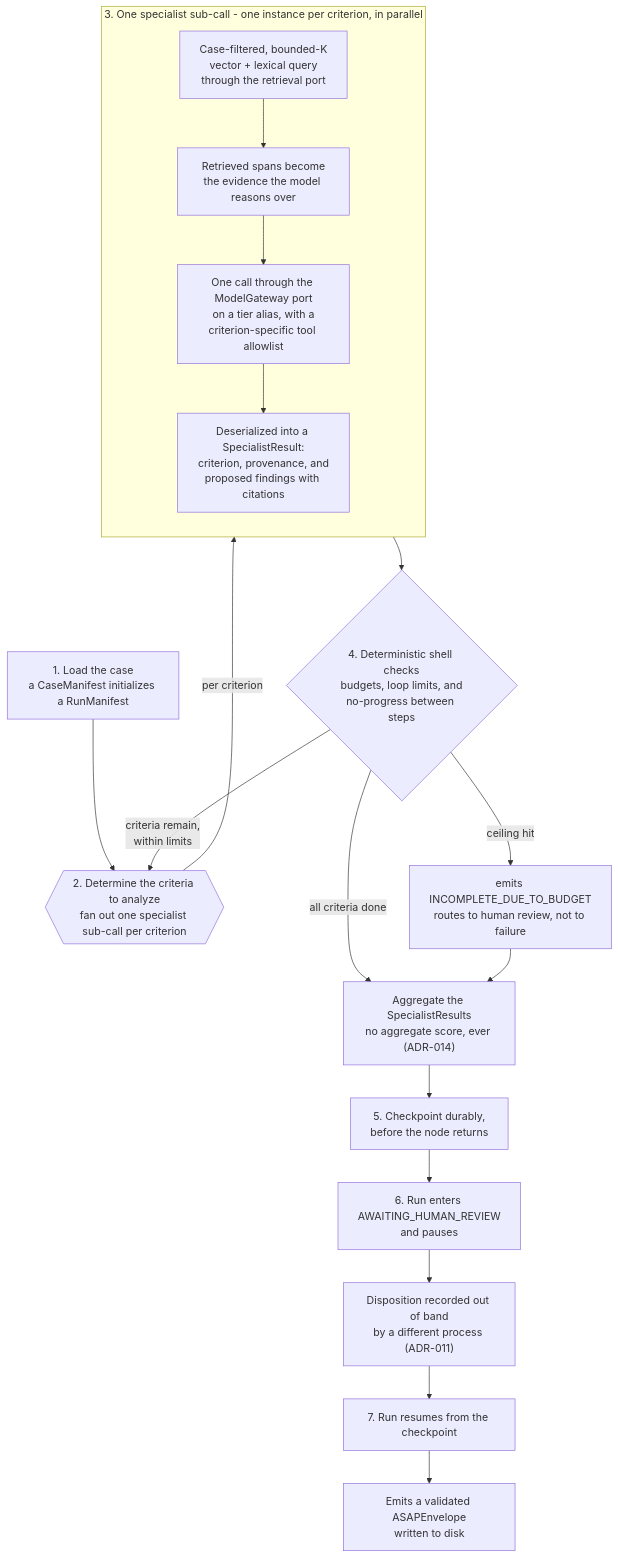
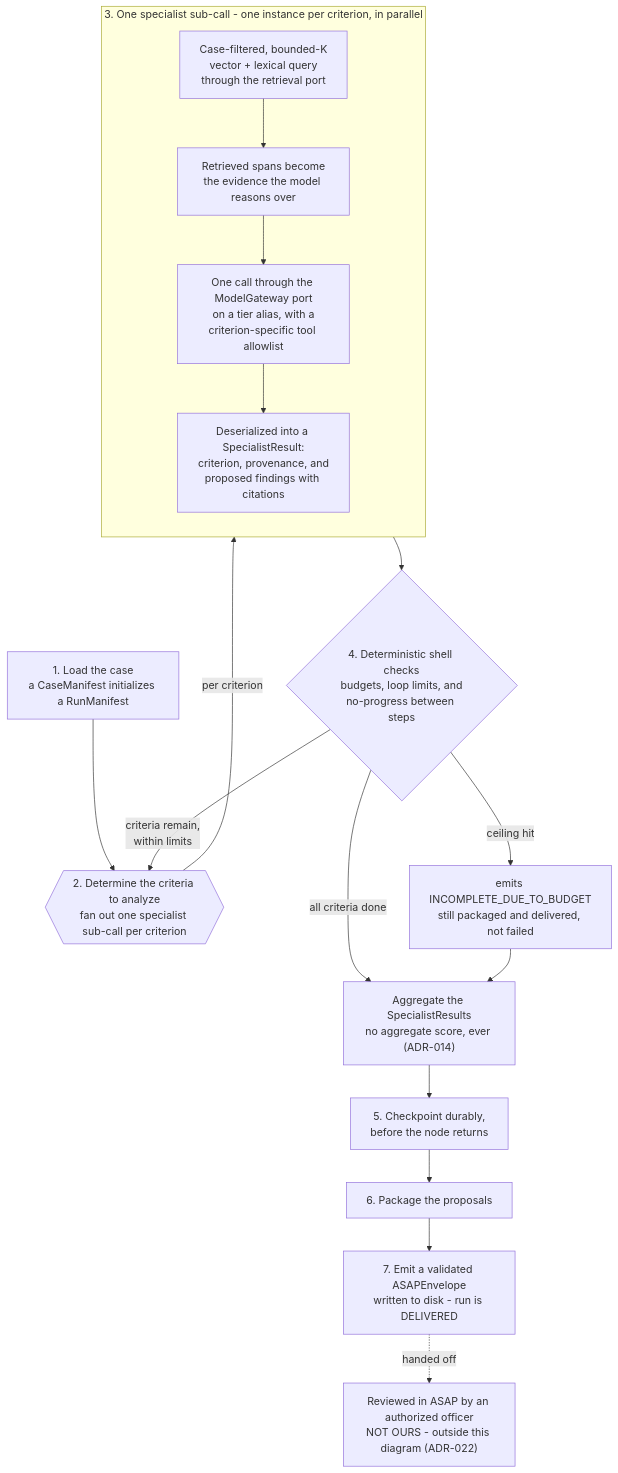
Before and after one commit to Amivero-LLC/asap-ireports-poc: the second of 2 diagrams in docs/handoff/component-architecture.md, drawn with Mermaid. The commit also changed other lines of this file and 31 other files, not shown here.

First line of the commit message:
feat(contracts)!: remove the in-run review gate; review happens in ASAP (ADR-022)

````diff
--- a/docs/handoff/component-architecture.md
+++ b/docs/handoff/component-architecture.md
@@ -246,33 +252,33 @@
 ```mermaid
 flowchart TD
     STEP1["1. Load the case<br/>a CaseManifest initializes a RunManifest"]
     STEP2{{"2. Determine the criteria to analyze<br/>fan out one specialist sub-call per criterion"}}
 
     subgraph SPECIALIST["3. One specialist sub-call - one instance per criterion, in parallel"]
         direction TB
         STEP3A["Case-filtered, bounded-K<br/>vector + lexical query<br/>through the retrieval port"]
         STEP3B["Retrieved spans become<br/>the evidence the model reasons over"]
         STEP3C["One call through the ModelGateway port<br/>on a tier alias, with a<br/>criterion-specific tool allowlist"]
         STEP3D["Deserialized into a SpecialistResult:<br/>criterion, provenance, and<br/>proposed findings with citations"]
         STEP3A --> STEP3B --> STEP3C --> STEP3D
     end
 
     SHELL{"4. Deterministic shell checks<br/>budgets, loop limits, and<br/>no-progress between steps"}
-    BUDGETSTOP["emits INCOMPLETE_DUE_TO_BUDGET<br/>routes to human review, not to failure"]
+    BUDGETSTOP["emits INCOMPLETE_DUE_TO_BUDGET<br/>still packaged and delivered, not failed"]
     AGG["Aggregate the SpecialistResults<br/>no aggregate score, ever (ADR-014)"]
     STEP5["5. Checkpoint durably,<br/>before the node returns"]
-    STEP6["6. Run enters AWAITING_HUMAN_REVIEW<br/>and pauses"]
-    DISPOSITION["Disposition recorded out of band<br/>by a different process (ADR-011)"]
-    STEP7A["7. Run resumes from the checkpoint"]
-    STEP7B["Emits a validated ASAPEnvelope<br/>written to disk"]
+    STEP6["6. Package the proposals"]
+    STEP7B["7. Emit a validated ASAPEnvelope<br/>written to disk - run is DELIVERED"]
+    ASAPREVIEW["Reviewed in ASAP by an authorized officer<br/>NOT OURS - outside this diagram (ADR-022)"]
 
     STEP1 --> STEP2
     STEP2 -- "per criterion" --> SPECIALIST
     SPECIALIST --> SHELL
     SHELL -- "criteria remain,<br/>within limits" --> STEP2
     SHELL -- "ceiling hit" --> BUDGETSTOP
     SHELL -- "all criteria done" --> AGG
     BUDGETSTOP --> AGG
     AGG --> STEP5 --> STEP6
-    STEP6 --> DISPOSITION --> STEP7A --> STEP7B
+    STEP6 --> STEP7B
+    STEP7B -. "handed off" .-> ASAPREVIEW
 ```
````
